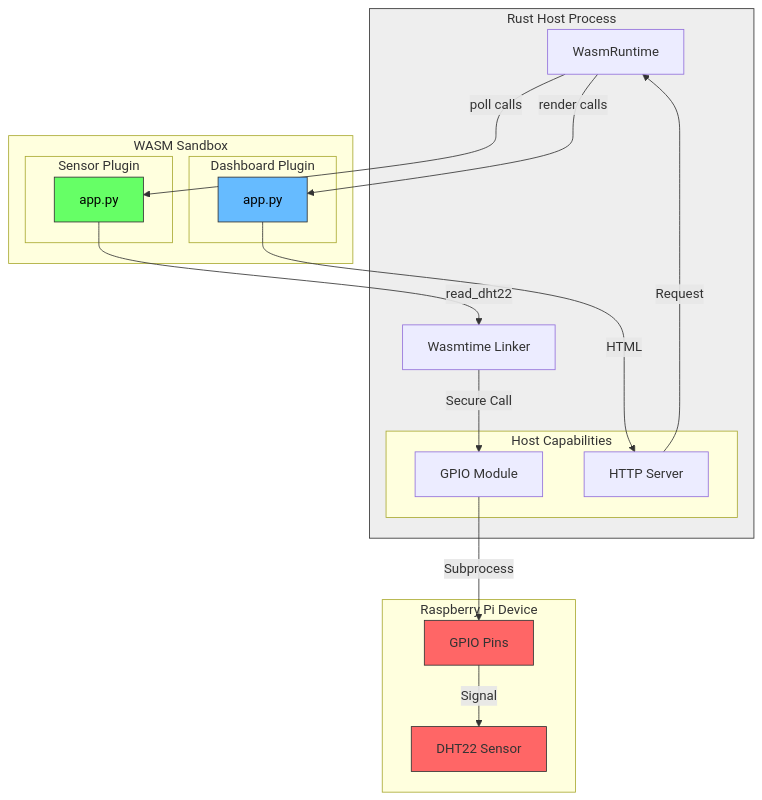
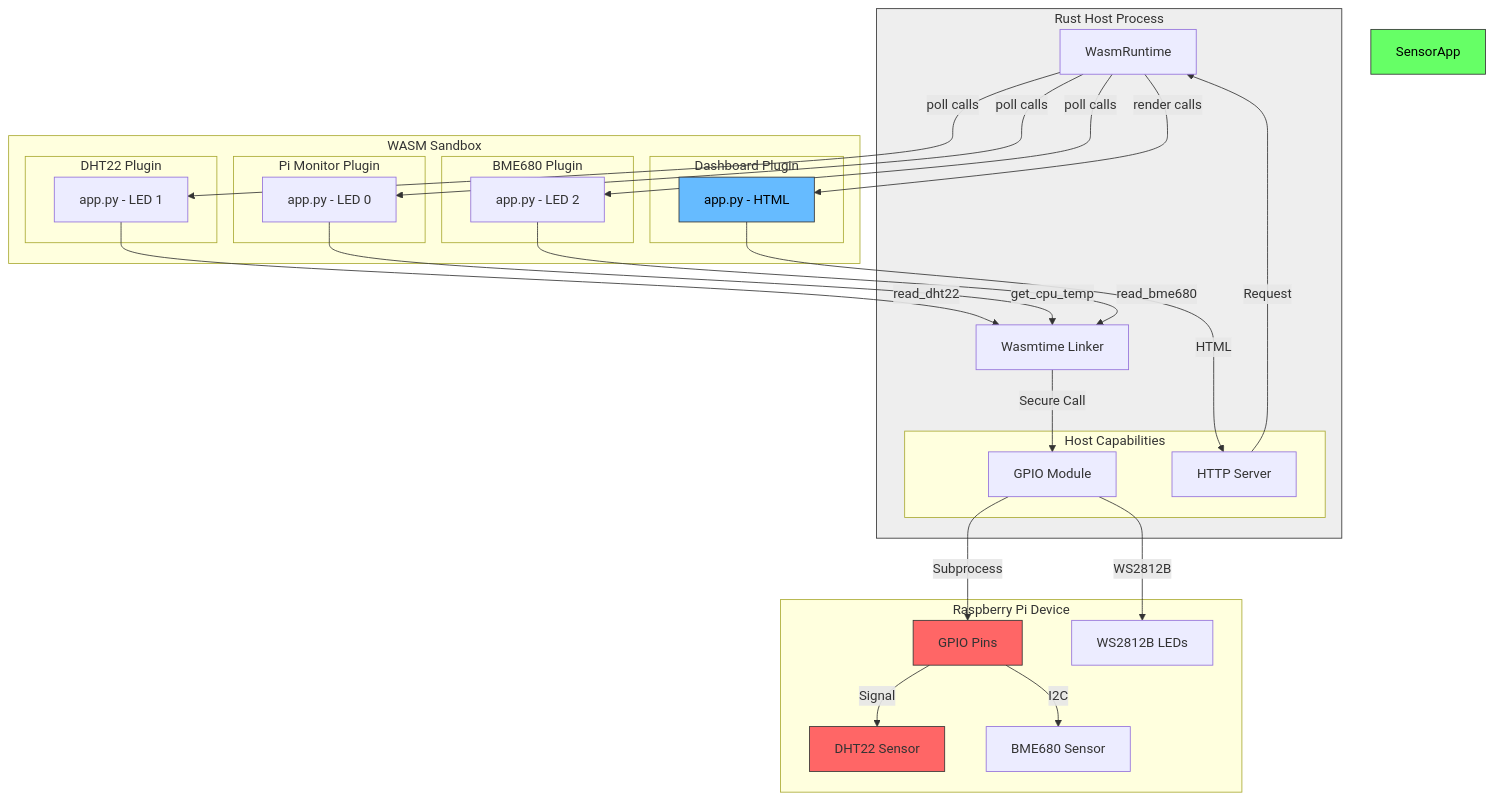
The diagram in README.md (gammahazard/edge-wasi-runtime), drawn with Mermaid before and after one commit. The commit also changed 2 other files, not shown here.

Commit message:
feat: integrate pi-monitor plugin for CPU temp monitoring, update docs

````diff
--- a/README.md
+++ b/README.md
@@ -63,43 +63,61 @@
 ```mermaid
 graph TD
     subgraph Pi [Raspberry Pi Device]
         DHT22[DHT22 Sensor]
+        BME680[BME680 Sensor]
         GPIO[GPIO Pins]
+        LEDS[WS2812B LEDs]
     end
 
     subgraph Host [Rust Host Process]
         Runtime[WasmRuntime]
         Linker[Wasmtime Linker]
         
         subgraph Caps [Host Capabilities]
             GPIO_Mod[GPIO Module]
             HTTP_Mod[HTTP Server]
         end
     end
 
     subgraph Guest [WASM Sandbox]
-        subgraph Python1 [Sensor Plugin]
-            SensorApp[app.py]
+        subgraph DHT22Plugin [DHT22 Plugin]
+            DHT22App[app.py - LED 1]
         end
         
-        subgraph Python2 [Dashboard Plugin]
-            DashboardApp[app.py]
+        subgraph PiMonPlugin [Pi Monitor Plugin]
+            PiMonApp[app.py - LED 0]
+        end
+        
+        subgraph BME680Plugin [BME680 Plugin]
+            BME680App[app.py - LED 2]
+        end
+        
+        subgraph DashPlugin [Dashboard Plugin]
+            DashboardApp[app.py - HTML]
         end
     end
 
     HTTP_Mod -->|Request| Runtime
     Runtime -->|render calls| DashboardApp
     DashboardApp -->|HTML| HTTP_Mod
     
-    Runtime -->|poll calls| SensorApp
-    SensorApp -->|read_dht22| Linker
+    Runtime -->|poll calls| DHT22App
+    Runtime -->|poll calls| PiMonApp
+    Runtime -->|poll calls| BME680App
+    
+    DHT22App -->|read_dht22| Linker
+    PiMonApp -->|get_cpu_temp| Linker
+    BME680App -->|read_bme680| Linker
+    
     Linker -->|Secure Call| GPIO_Mod
     GPIO_Mod -->|Subprocess| GPIO
     GPIO -->|Signal| DHT22
+    GPIO -->|I2C| BME680
+    GPIO_Mod -->|WS2812B| LEDS
 
     style DHT22 fill:#ff6666,stroke:#333
     style GPIO fill:#ff6666,stroke:#333
     style SensorApp fill:#66ff66,stroke:#333,color:black
     style DashboardApp fill:#66bbff,stroke:#333,color:black
     style Host fill:#eee,stroke:#333
 ```
````
